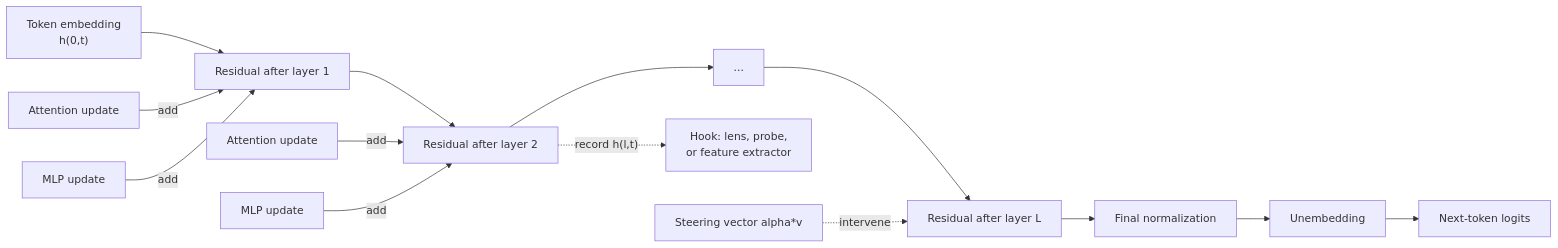
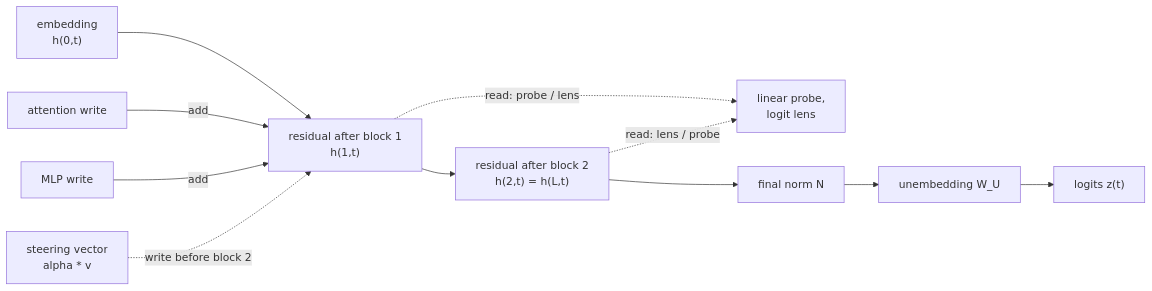
Before and after one commit to omkarsarde/agentic-engineering: the second of 3 diagrams in chapters/25-alignment-interpretability-governance.qmd, drawn with Mermaid. The commit also changed other lines of this file and 3 other files, not shown here.

````diff
--- a/chapters/25-alignment-interpretability-governance.qmd
+++ b/chapters/25-alignment-interpretability-governance.qmd
@@ -113,14 +158,14 @@
 ```{mermaid}
-%%| label: fig-ch25-residual-stream
-%%| fig-cap: "Where can an engineer observe or intervene in a transformer's residual stream?"
-%%| fig-alt: "Token embeddings enter an additive residual stream. Attention and MLP blocks read from and write to it at successive layers. Hooks can record residual vectors, decode intermediate logits, fit probes, or add a steering direction before final normalization and unembedding."
+%%| echo: false
+%%| label: fig-ch25-residual-hooks
+%%| fig-cap: "Which activation does each instrument hook, and does it read or write? The lens and the probe read a residual state; steering writes a direction into it before the remaining blocks and the unembedding run."
 flowchart LR
-    E["Token embedding<br/>h(0,t)"] --> R1["Residual after layer 1"] --> R2["Residual after layer 2"] --> RD["..."] --> RL["Residual after layer L"]
-    A1["Attention update"] -->|"add"| R1
-    M1["MLP update"] -->|"add"| R1
-    A2["Attention update"] -->|"add"| R2
-    M2["MLP update"] -->|"add"| R2
-    R2 -. "record h(l,t)" .-> H["Hook: lens, probe,<br/>or feature extractor"]
-    V["Steering vector alpha*v"] -. "intervene" .-> RL
-    RL --> N["Final normalization"] --> U["Unembedding"] --> Z["Next-token logits"]
+    E["embedding<br/>h(0,t)"] --> R1["residual after block 1<br/>h(1,t)"]
+    R1 --> R2["residual after block 2<br/>h(2,t) = h(L,t)"]
+    A1["attention write"] -->|add| R1
+    M1["MLP write"] -->|add| R1
+    R1 -. "read: probe / lens" .-> P["linear probe,<br/>logit lens"]
+    S["steering vector<br/>alpha * v"] -. "write before block 2" .-> R1
+    R2 --> N["final norm N"] --> U["unembedding W_U"] --> Z["logits z(t)"]
+    R2 -. "read: lens / probe" .-> P
 ```
````
